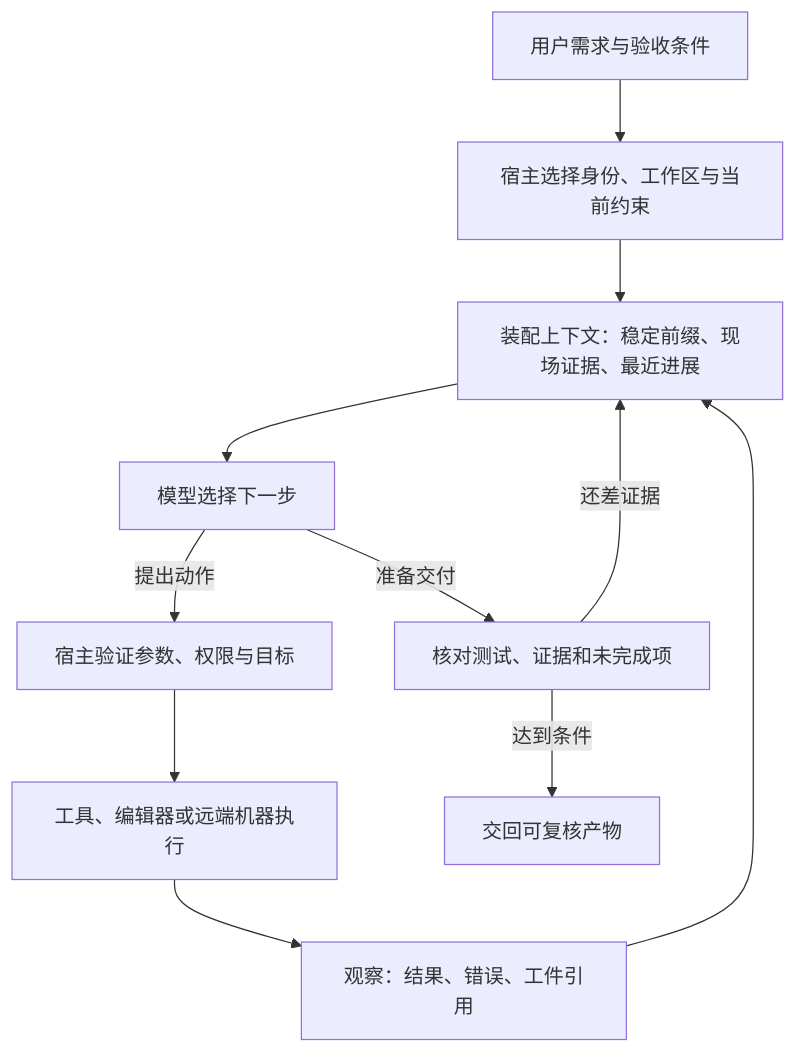
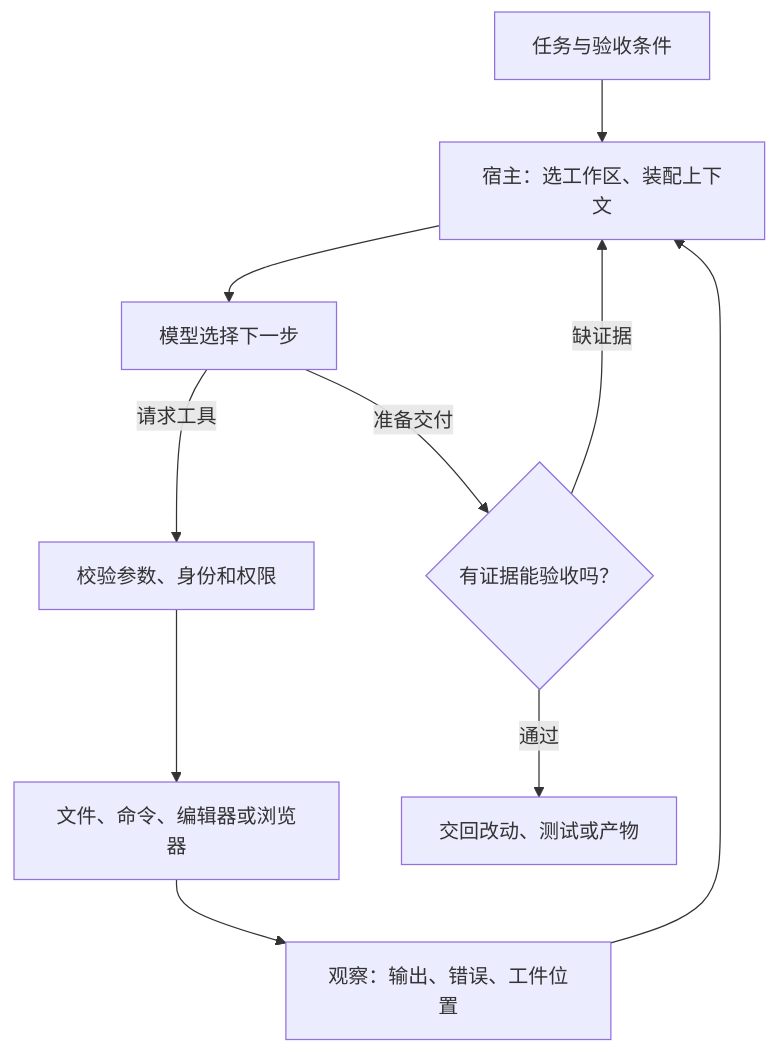
The first of 2 diagrams in 02-flagship-agents-teardown/03-claude-code-codex-manus-comparison.md (echonoshy/agent-engineering-handbook), drawn with Mermaid before and after one commit. The commit also changed other lines of this file and 21 other files, not shown here.

````diff
--- a/02-flagship-agents-teardown/03-claude-code-codex-manus-comparison.md
+++ b/02-flagship-agents-teardown/03-claude-code-codex-manus-comparison.md
@@ -21,13 +5,12 @@
 ```mermaid
 flowchart TB
-    I["用户需求与验收条件"] --> H["宿主选择身份、工作区与当前约束"]
-    H --> C["装配上下文：稳定前缀、现场证据、最近进展"]
-    C --> L["模型选择下一步"]
-    L -->|"提出动作"| P["宿主验证参数、权限与目标"]
-    P --> T["工具、编辑器或远端机器执行"]
-    T --> O["观察：结果、错误、工件引用"]
-    O --> C
-    L -->|"准备交付"| V["核对测试、证据和未完成项"]
-    V -->|"还差证据"| C
-    V -->|"达到条件"| F["交回可复核产物"]
+    U["任务与验收条件"] --> H["宿主：选工作区、装配上下文"]
+    H --> M["模型选择下一步"]
+    M -->|"请求工具"| P["校验参数、身份和权限"]
+    P --> E["文件、命令、编辑器或浏览器"]
+    E --> O["观察：输出、错误、工件位置"]
+    O --> H
+    M -->|"准备交付"| V{"有证据能验收吗？"}
+    V -->|"缺证据"| H
+    V -->|"通过"| F["交回改动、测试或产物"]
 ```
````
